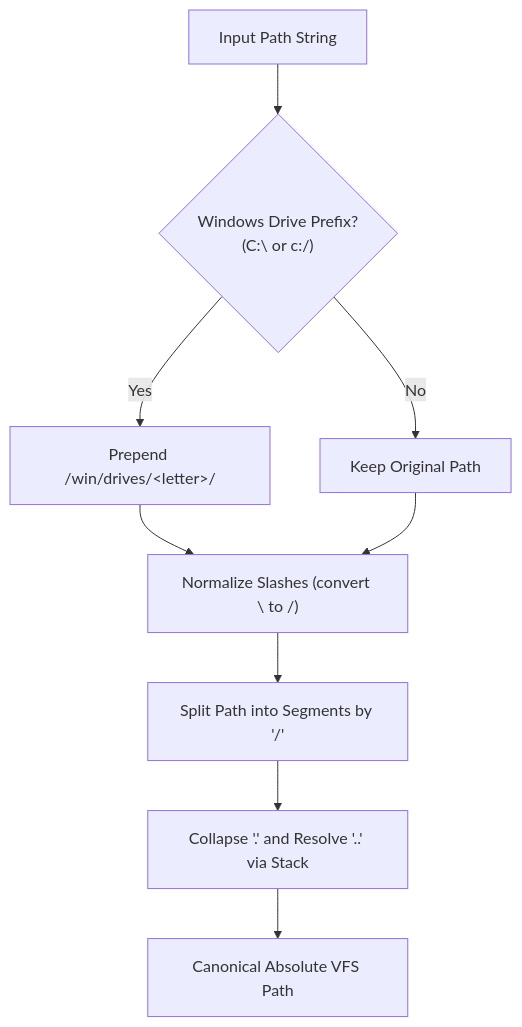
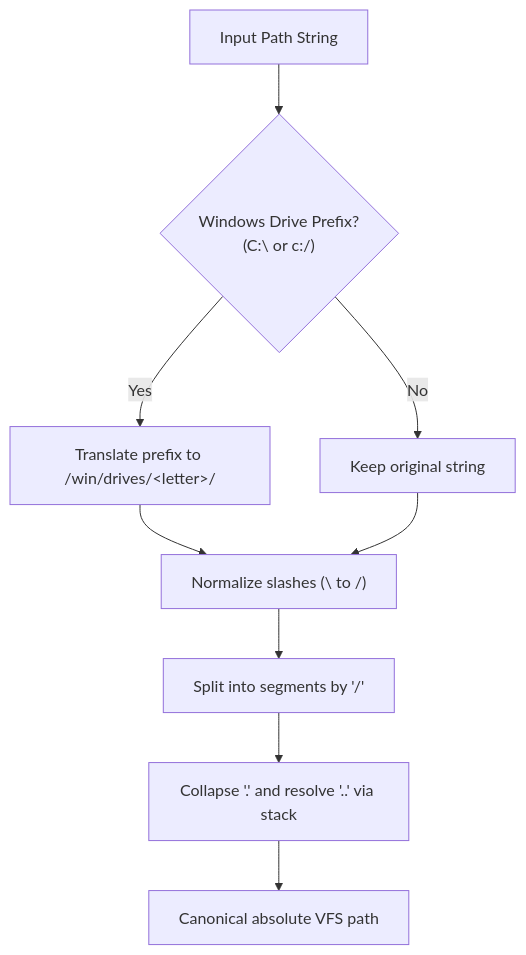
Before and after one commit to wunix-system/wunix-docs: the first of 2 diagrams in architecture/vfs.en.md, drawn with Mermaid. The commit also changed other lines of this file and 22 other files, not shown here.

````diff
--- a/architecture/vfs.en.md
+++ b/architecture/vfs.en.md
@@ -54,11 +48,11 @@
 ```mermaid
 flowchart TD
     A["Input Path String"] --> B{"Windows Drive Prefix?<br/>(C:\ or c:/)"}
-    B -- Yes --> C["Prepend /win/drives/&lt;letter&gt;/"]
-    B -- No --> D["Keep Original Path"]
-    C --> E["Normalize Slashes (convert \ to /)"]
+    B -- Yes --> C["Translate prefix to /win/drives/&lt;letter&gt;/"]
+    B -- No --> D["Keep original string"]
+    C --> E["Normalize slashes (\ to /)"]
     D --> E
-    E --> F["Split Path into Segments by '/'"]
-    F --> G["Collapse '.' and Resolve '..' via Stack"]
-    G --> H["Canonical Absolute VFS Path"]
+    E --> F["Split into segments by '/'"]
+    F --> G["Collapse '.' and resolve '..' via stack"]
+    G --> H["Canonical absolute VFS path"]
 ```
````
